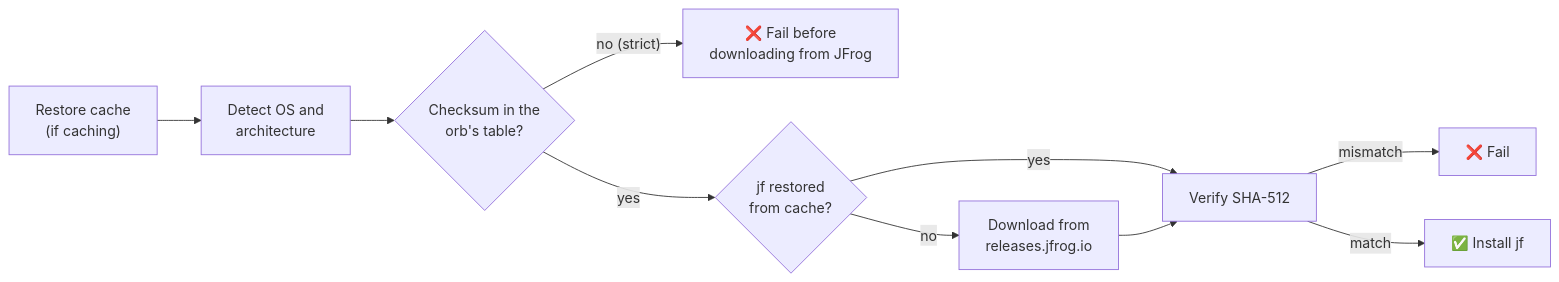
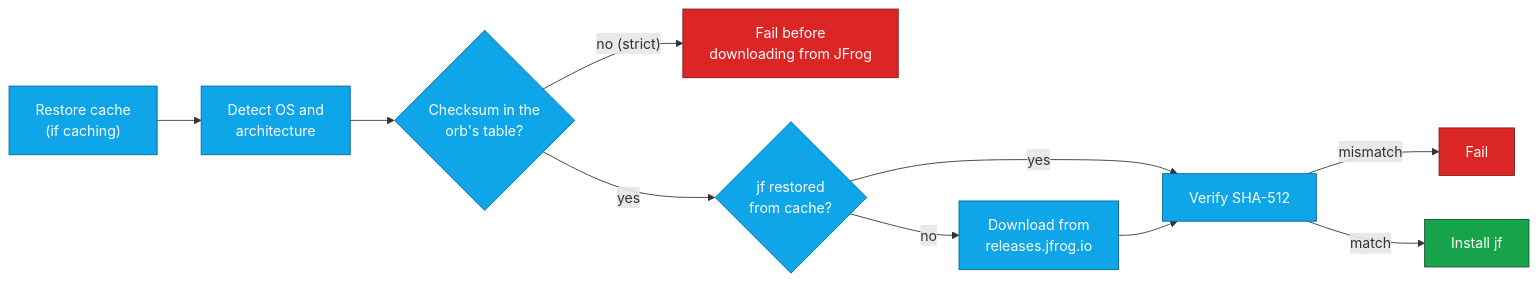
One commit to juburr/jfrog-orb changed the second of 2 diagrams in README.md. Above: the diagram before and after it, drawn with Mermaid. The commit also changed other lines of this file, not shown here.

````diff
--- a/README.md
+++ b/README.md
@@ -248,12 +332,20 @@
 ```mermaid
 flowchart LR
     R["Restore cache<br/>(if caching)"] --> A["Detect OS and<br/>architecture"]
     A --> B{"Checksum in the<br/>orb's table?"}
-    B -- "no (strict)" --> X["❌ Fail before<br/>downloading from JFrog"]
+    B -- "no (strict)" --> X["Fail before<br/>downloading from JFrog"]
     B -- yes --> C{"jf restored<br/>from cache?"}
     C -- yes --> E["Verify SHA-512"]
     C -- no --> D["Download from<br/>releases.jfrog.io"]
     D --> E
-    E -- mismatch --> Y["❌ Fail"]
-    E -- match --> F["✅ Install jf"]
+    E -- mismatch --> Y["Fail"]
+    E -- match --> F["Install jf"]
+
+    classDef install fill:#0EA5E9,stroke:#0369A1,color:#FFFFFF
+    classDef tool fill:#7C3AED,stroke:#4C1D95,color:#FFFFFF
+    classDef good fill:#16A34A,stroke:#14532D,color:#FFFFFF
+    classDef bad fill:#DC2626,stroke:#7F1D1D,color:#FFFFFF
+    class R,A,B,C,D,E install
+    class F good
+    class X,Y bad
 ```
````
